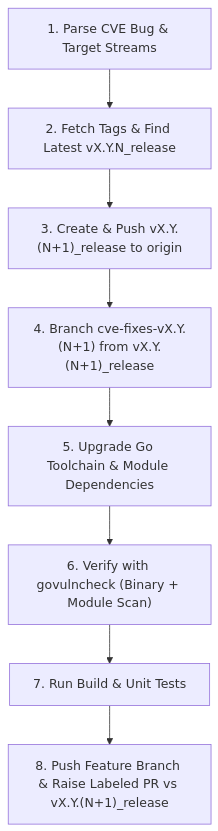
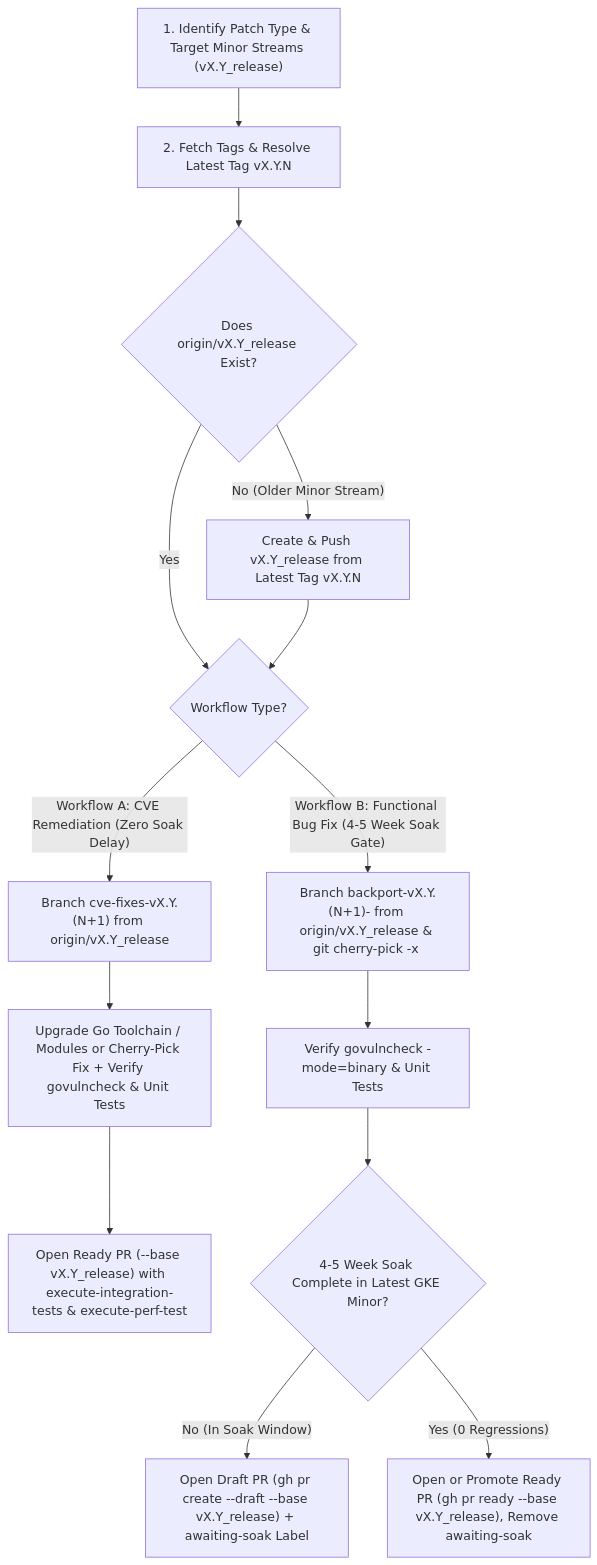
One commit to GoogleCloudPlatform/gcsfuse changed the diagram in .agents/skills/cve-patching/SKILL.md. Above: the diagram before and after it, drawn with Mermaid. The commit also changed other lines of this file and 2 other files, not shown here.

Commit message:
docs(skills): incorporate vX.Y_release minor branching strategy in release skills

````diff
--- a/.agents/skills/cve-patching/SKILL.md
+++ b/.agents/skills/cve-patching/SKILL.md
@@ -16,10 +20,16 @@
 ```mermaid
 flowchart TD
-    A["1. Parse CVE Bug & Target Streams"] --> B["2. Fetch Tags & Find Latest vX.Y.N_release"]
-    B --> C["3. Create & Push vX.Y.(N+1)_release to origin"]
-    C --> D["4. Branch cve-fixes-vX.Y.(N+1) from vX.Y.(N+1)_release"]
-    D --> E["5. Upgrade Go Toolchain & Module Dependencies"]
-    E --> F["6. Verify with govulncheck (Binary + Module Scan)"]
-    F --> G["7. Run Build & Unit Tests"]
-    G --> H["8. Push Feature Branch & Raise Labeled PR vs vX.Y.(N+1)_release"]
+    A["1. Identify Patch Type & Target Minor Streams (vX.Y_release)"] --> B["2. Fetch Tags & Resolve Latest Tag vX.Y.N"]
+    B --> C{"Does origin/vX.Y_release Exist?"}
+    C -- "No (Older Minor Stream)" --> D["Create & Push vX.Y_release from Latest Tag vX.Y.N"]
+    C -- "Yes" --> E{"Workflow Type?"}
+    D --> E
+    E -- "Workflow A: CVE Remediation (Zero Soak Delay)" --> F["Branch cve-fixes-vX.Y.(N+1) from origin/vX.Y_release"]
+    F --> G["Upgrade Go Toolchain / Modules or Cherry-Pick Fix + Verify govulncheck & Unit Tests"]
+    G --> H["Open Ready PR (--base vX.Y_release) with execute-integration-tests & execute-perf-test"]
+    E -- "Workflow B: Functional Bug Fix (4-5 Week Soak Gate)" --> I["Branch backport-vX.Y.(N+1)-<slug> from origin/vX.Y_release & git cherry-pick -x <sha>"]
+    I --> J["Verify govulncheck -mode=binary & Unit Tests"]
+    J --> K{"4-5 Week Soak Complete in Latest GKE Minor?"}
+    K -- "No (In Soak Window)" --> L["Open Draft PR (gh pr create --draft --base vX.Y_release) + awaiting-soak Label"]
+    K -- "Yes (0 Regressions)" --> M["Open or Promote Ready PR (gh pr ready --base vX.Y_release), Remove awaiting-soak"]
 ```
````
